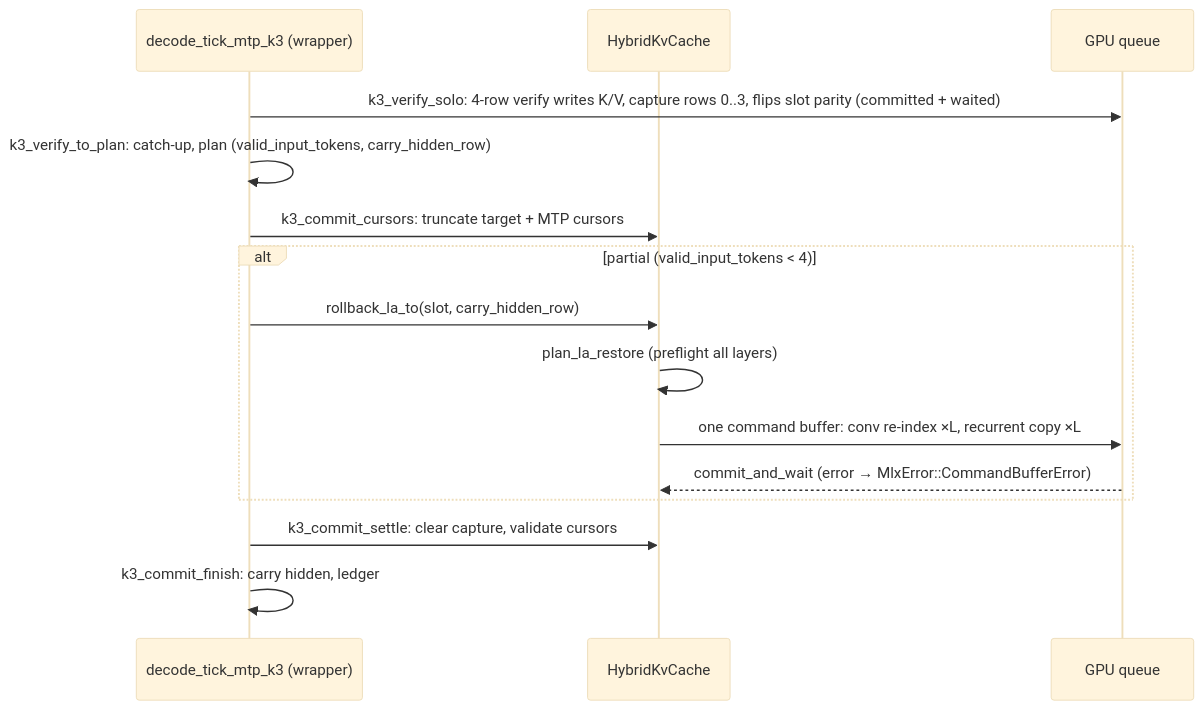
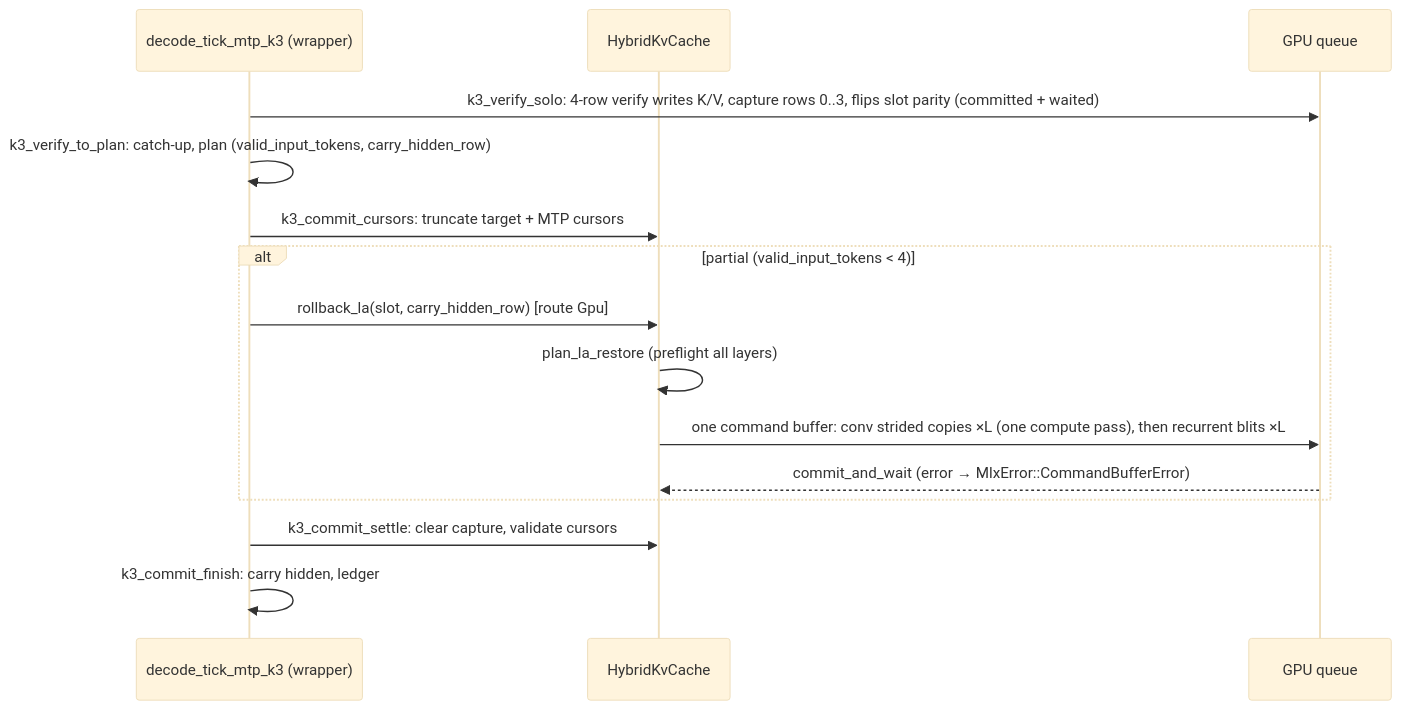
The diagram in docs/research/adr065-p4-design.md (robertelee78/hf2q), drawn with Mermaid (base theme) before and after one commit. The commit also changed other lines of this file and 2 other files, not shown here.

````diff
--- a/docs/research/adr065-p4-design.md
+++ b/docs/research/adr065-p4-design.md
@@ -220,17 +243,17 @@
 ```mermaid
 sequenceDiagram
   participant W as decode_tick_mtp_k3 (wrapper)
   participant K as HybridKvCache
   participant G as GPU queue
   W->>G: k3_verify_solo: 4-row verify writes K/V, capture rows 0..3, flips slot parity (committed + waited)
   W->>W: k3_verify_to_plan: catch-up, plan (valid_input_tokens, carry_hidden_row)
   W->>K: k3_commit_cursors: truncate target + MTP cursors
   alt partial (valid_input_tokens < 4)
-    W->>K: rollback_la_to(slot, carry_hidden_row)
+    W->>K: rollback_la(slot, carry_hidden_row)  [route Gpu]
     K->>K: plan_la_restore (preflight all layers)
-    K->>G: one command buffer: conv re-index ×L, recurrent copy ×L
+    K->>G: one command buffer: conv strided copies ×L (one compute pass), then recurrent blits ×L
     G-->>K: commit_and_wait (error → MlxError::CommandBufferError)
   end
   W->>K: k3_commit_settle: clear capture, validate cursors
   W->>W: k3_commit_finish: carry hidden, ledger
 ```
````
